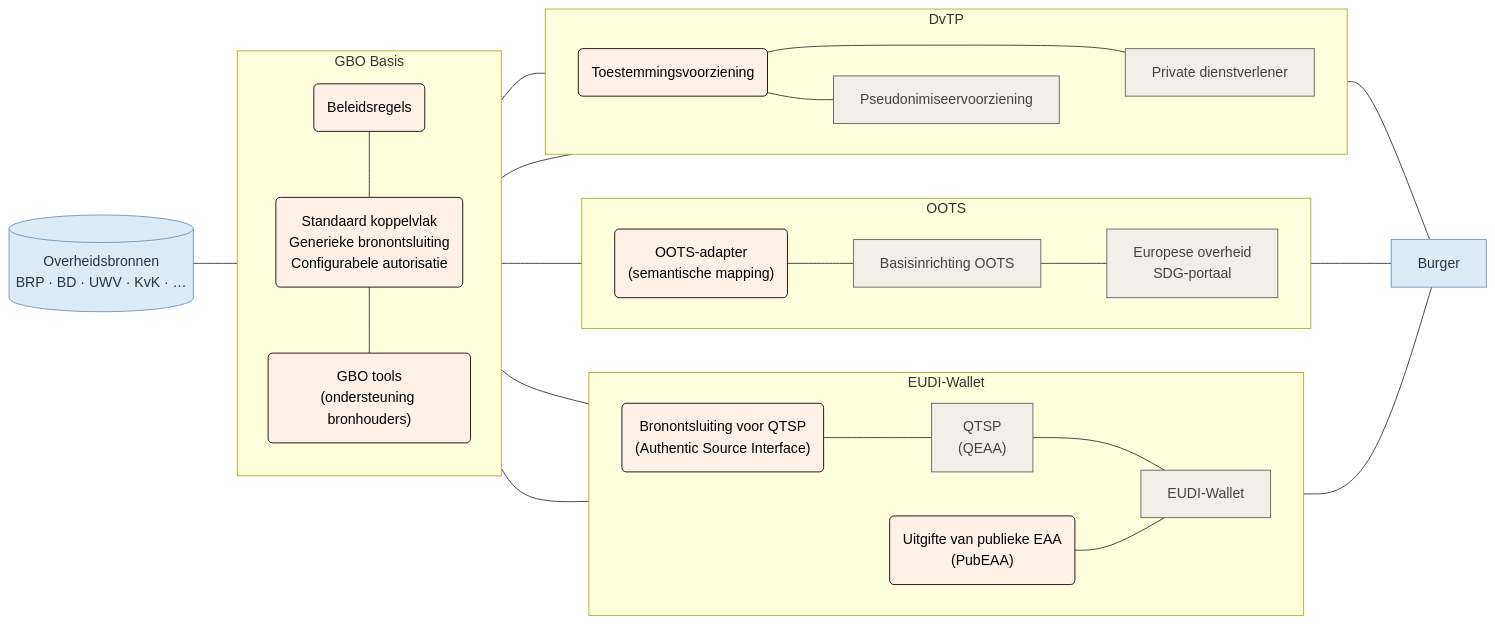
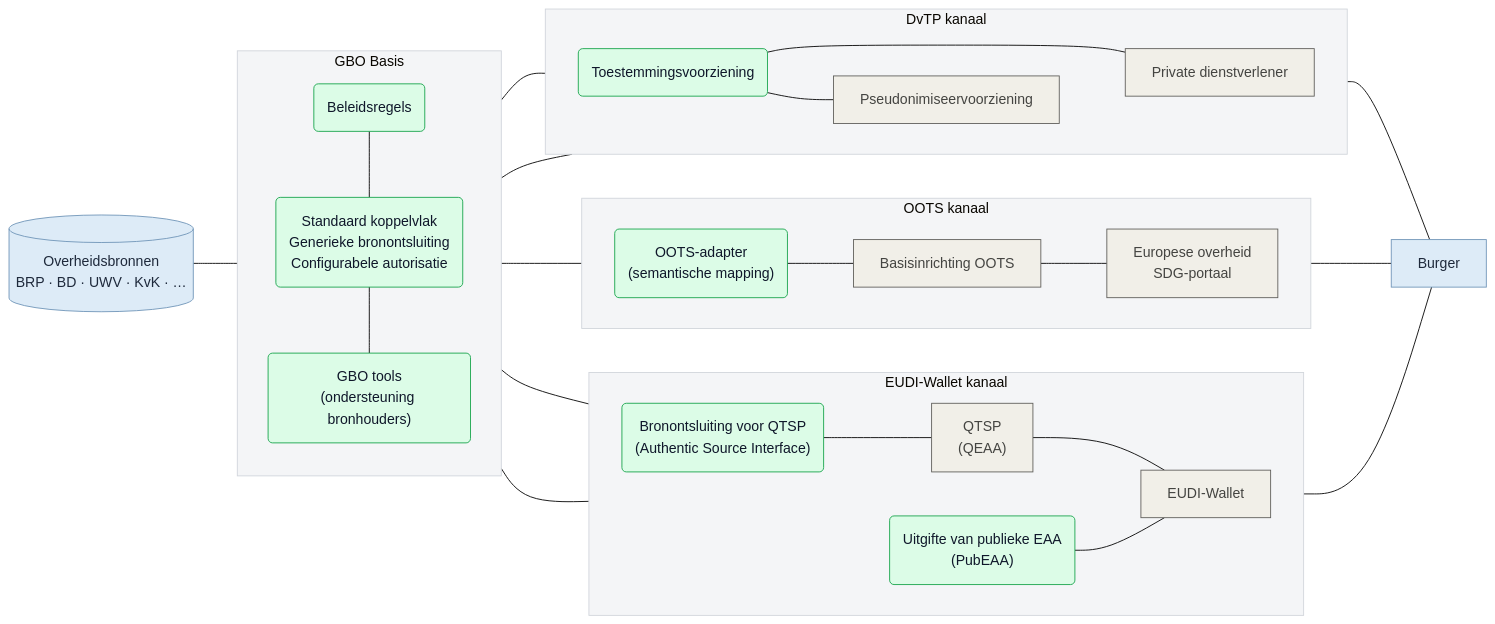
Before and after one commit to ICTU/GBO-GO: the diagram in main/diagrammen/gbo_swimlanes_simpel.mmd, drawn with Mermaid. The commit also changed 9 other files, not shown here.

```diff
--- a/main/diagrammen/gbo_swimlanes_simpel.mmd
+++ b/main/diagrammen/gbo_swimlanes_simpel.mmd
@@ -1,67 +1,86 @@
+%%{
+  init: {
+    'theme': 'base',
+    'themeVariables': {
+      'darkMode': false,
+      'background': '#FFFFFF',
+      'edgeLabelBackground': '#FFFFFF'
+    },
+    'themeCSS': 'svg, .mermaid, #mermaid-svg, .mermaid > svg { background-color: #FFFFFF !important; background: #FFFFFF !important; } @media (prefers-color-scheme: dark) { svg, .mermaid, #mermaid-svg, .mermaid > svg { background-color: #FFFFFF !important; background: #FFFFFF !important; } }'
+  }
+}%%
 flowchart LR
   subgraph gbo["GBO Basis"]
     direction TB
         fsc_pap("Beleidsregels")
         fsc("Standaard koppelvlak<br/>Generieke bronontsluiting<br/>Configurabele autorisatie")
         fsc_tools("GBO tools<br/>(ondersteuning bronhouders)")
   end
-  subgraph eudi["EUDI-Wallet"]
+  subgraph eudi["EUDI-Wallet kanaal"]
     direction LR
         eudi_asi("Bronontsluiting voor QTSP<br/>(Authentic Source Interface)")
         eudi_pubeaa("Uitgifte van publieke EAA<br/>(PubEAA)")
         eudi_qeaa["QTSP<br/>(QEAA)"]
         eudi_wallet["EUDI-Wallet"]
   end
-  subgraph oots["OOTS"]
+  subgraph oots["OOTS kanaal"]
     direction LR
         oots_adapter("OOTS-adapter<br/>(semantische mapping)")
         oots_basis["Basisinrichting OOTS"]
         oots_afnemer["Europese overheid<br/>SDG-portaal"]
   end
-  subgraph dvtp["DvTP"]
+  subgraph dvtp["DvTP kanaal"]
     direction LR
         dvtp_toestemming("Toestemmingsvoorziening")
         dvtp_pseudoniem["Pseudonimiseervoorziening"]
         dvtp_afnemer["Private dienstverlener"]
   end
 
   fsc_pap --- fsc
   fsc --- fsc_tools
   bron[("Overheidsbronnen<br/>BRP · BD · UWV · KvK · …")] --- gbo
   eudi_asi --- eudi_qeaa
   eudi_qeaa --- eudi_wallet
   gbo --- eudi_asi & eudi_pubeaa & oots_adapter & dvtp_afnemer
   eudi_pubeaa --- eudi_wallet
   oots_adapter --- oots_basis
   oots_basis --- oots_afnemer
   gbo --- dvtp_toestemming
   dvtp_toestemming --- dvtp_afnemer
   dvtp_toestemming --- dvtp_pseudoniem
   dvtp_pseudoniem ~~~ dvtp_afnemer
   eudi_wallet --- burger["Burger"]
   oots_afnemer --- burger
   dvtp_afnemer --- burger
 
   fsc_pap:::gbo
   fsc:::gbo
   fsc_tools:::gbo
   eudi_asi:::gbo
   eudi_pubeaa:::gbo
   eudi_qeaa:::eudi
   eudi_wallet:::eudi
   oots_adapter:::gbo
   oots_basis:::oots
   oots_afnemer:::oots
   dvtp_toestemming:::gbo
   dvtp_pseudoniem:::dvtp
   dvtp_afnemer:::dvtp
   bron:::bron
   burger:::burger
 
-  classDef bron fill:#DDEBF7,stroke:#6F94B8,color:#263746
-  classDef generiek fill:#f1efe8,stroke:#5f5e5a,color:#444441
+  %% Subgraph Stijlen (vervangt het geel)
+  style gbo fill:#F4F5F7,stroke:#D1D5DB,stroke-width:1px
+  style eudi fill:#F4F5F7,stroke:#D1D5DB,stroke-width:1px
+  style oots fill:#F4F5F7,stroke:#D1D5DB,stroke-width:1px
+  style dvtp fill:#F4F5F7,stroke:#D1D5DB,stroke-width:1px
+
+  %% Onderscheidende Elementstijlen (zachte pasteltinten)
+  classDef bron fill:#DDEBF7,stroke:#6F94B8,color:#1E293B
+  classDef burger fill:#DDEBF7,stroke:#6F94B8,color:#1E293B
+
   classDef eudi fill:#f1efe8,stroke:#5f5e5a,color:#444441
   classDef oots fill:#f1efe8,stroke:#5f5e5a,color:#444441
   classDef dvtp fill:#f1efe8,stroke:#5f5e5a,color:#444441
-  classDef gbo fill:#fff0e8,stroke:#000000,color:#000000
-  classDef burger fill:#DDEBF7,stroke:#6F94B8,color:#263746
+
+  classDef gbo fill:#DCFCE7,stroke:#16A34A,color:#0F172A
```
